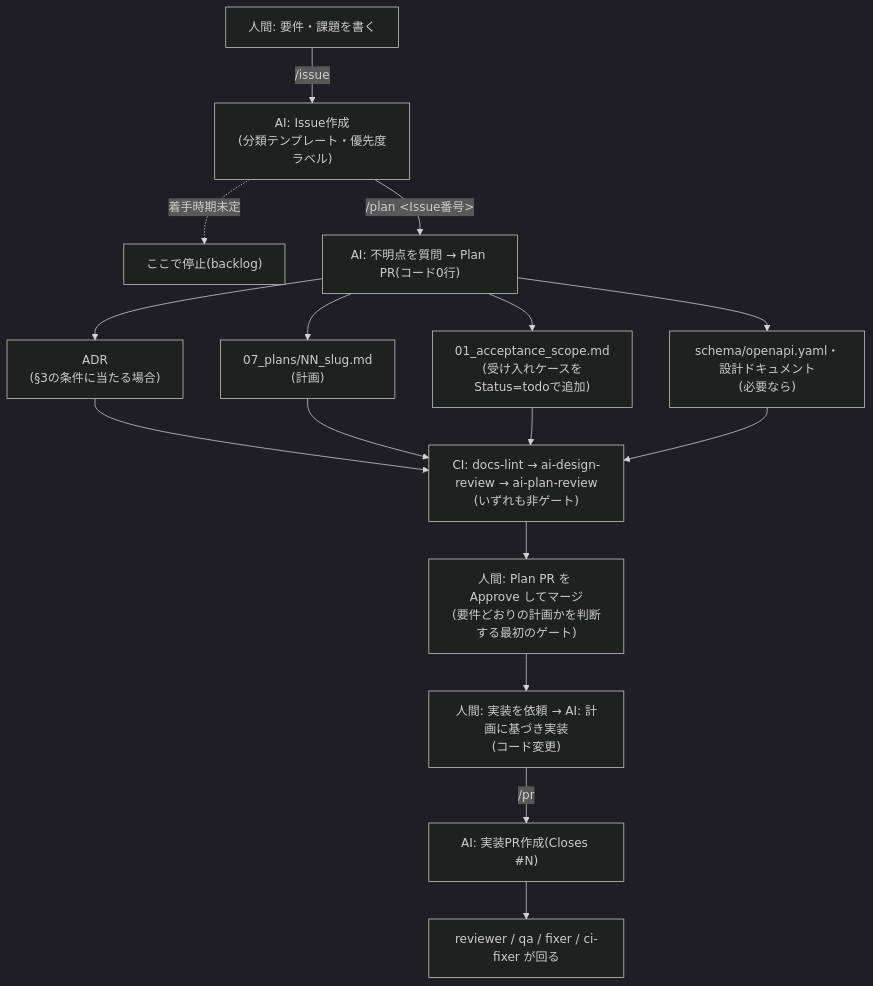
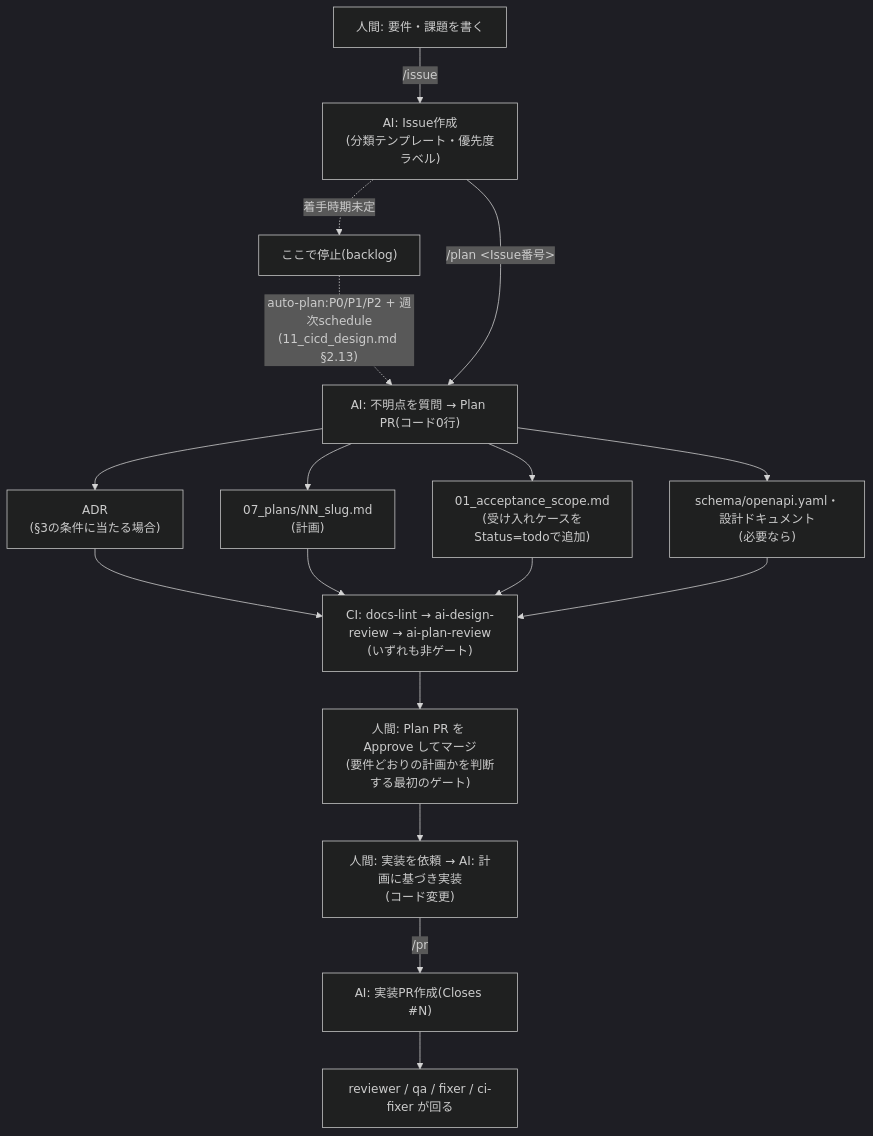
Before and after one commit to ebichan88/swiss-stage: the first of 3 diagrams in .claude/00_project/04_development_process.md, drawn with Mermaid (dark theme). The commit also changed other lines of this file and 3 other files, not shown here.

````diff
--- a/.claude/00_project/04_development_process.md
+++ b/.claude/00_project/04_development_process.md
@@ -21,18 +21,19 @@
 ```mermaid
 flowchart TD
     A["人間: 要件・課題を書く"] -->|"/issue"| B["AI: Issue作成<br/>(分類テンプレート・優先度ラベル)"]
     B -.->|"着手時期未定"| Z["ここで停止(backlog)"]
+    Z -.->|"auto-plan:P0/P1/P2 + 週次schedule<br/>(11_cicd_design.md §2.13)"| C
     B -->|"/plan &lt;Issue番号&gt;"| C["AI: 不明点を質問 → Plan PR(コード0行)"]
     C --> C1["ADR<br/>(§3の条件に当たる場合)"]
     C --> C2["07_plans/NN_slug.md<br/>(計画)"]
     C --> C3["01_acceptance_scope.md<br/>(受け入れケースをStatus=todoで追加)"]
     C --> C4["schema/openapi.yaml・設計ドキュメント<br/>(必要なら)"]
     C1 --> D["CI: docs-lint → ai-design-review → ai-plan-review<br/>(いずれも非ゲート)"]
     C2 --> D
     C3 --> D
     C4 --> D
     D --> E["人間: Plan PR を Approve してマージ<br/>(要件どおりの計画かを判断する最初のゲート)"]
     E --> H["人間: 実装を依頼 → AI: 計画に基づき実装<br/>(コード変更)"]
     H -->|"/pr"| F["AI: 実装PR作成(Closes #N)"]
     F --> G["reviewer / qa / fixer / ci-fixer が回る"]
 ```
````
